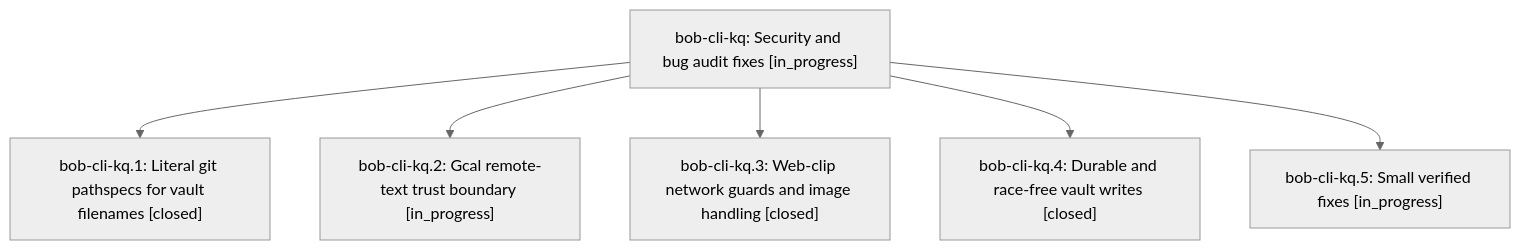
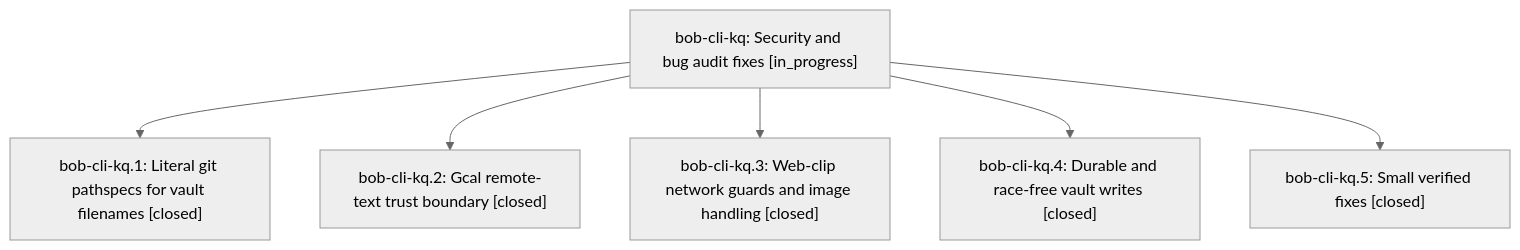
One commit to bobs-org/bob-cli--beads changed the diagram in pages/bob-cli-kq/README.md. Above: the diagram before and after it, drawn with Mermaid (neutral theme). The commit also changed other lines of this file and 3 other files, not shown here.

First line of the commit message:
chore(beads): sync bead state and pages for bob-cli-kq

````diff
--- a/pages/bob-cli-kq/README.md
+++ b/pages/bob-cli-kq/README.md
@@ -40,14 +40,14 @@
 ```mermaid
 flowchart TD
     n0["bob-cli-kq: Security and bug audit fixes [in_progress]"]
     n1["bob-cli-kq.1: Literal git pathspecs for vault filenames [closed]"]
-    n2["bob-cli-kq.2: Gcal remote-text trust boundary [in_progress]"]
+    n2["bob-cli-kq.2: Gcal remote-text trust boundary [closed]"]
     n3["bob-cli-kq.3: Web-clip network guards and image handling [closed]"]
     n4["bob-cli-kq.4: Durable and race-free vault writes [closed]"]
-    n5["bob-cli-kq.5: Small verified fixes [in_progress]"]
+    n5["bob-cli-kq.5: Small verified fixes [closed]"]
     n0 --> n1
     n0 --> n2
     n0 --> n3
     n0 --> n4
     n0 --> n5
 ```
````
